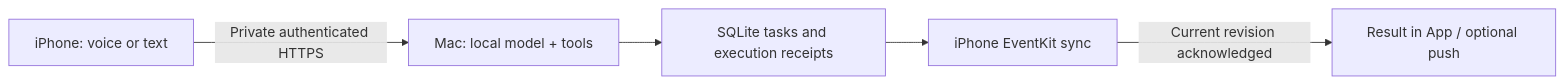
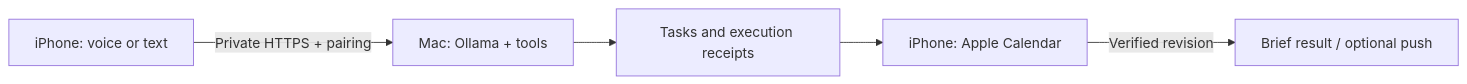
One commit to Chauncey665/PersonalOS changed the diagram in README.md. Above: the diagram before and after it, drawn with Mermaid. The commit also changed other lines of this file and 9 other files, not shown here.

````diff
--- a/README.md
+++ b/README.md
@@ -35,7 +120,7 @@
 ```mermaid
 flowchart LR
-  A[iPhone: voice or text] -->|Private authenticated HTTPS| B[Mac: local model + tools]
-  B --> C[SQLite tasks and execution receipts]
-  C --> D[iPhone EventKit sync]
-  D -->|Current revision acknowledged| E[Result in App / optional push]
+  A[iPhone: voice or text] -->|Private HTTPS + pairing| B[Mac: Ollama + tools]
+  B --> C[Tasks and execution receipts]
+  C --> D[iPhone: Apple Calendar]
+  D -->|Verified revision| E[Brief result / optional push]
 ```
````
